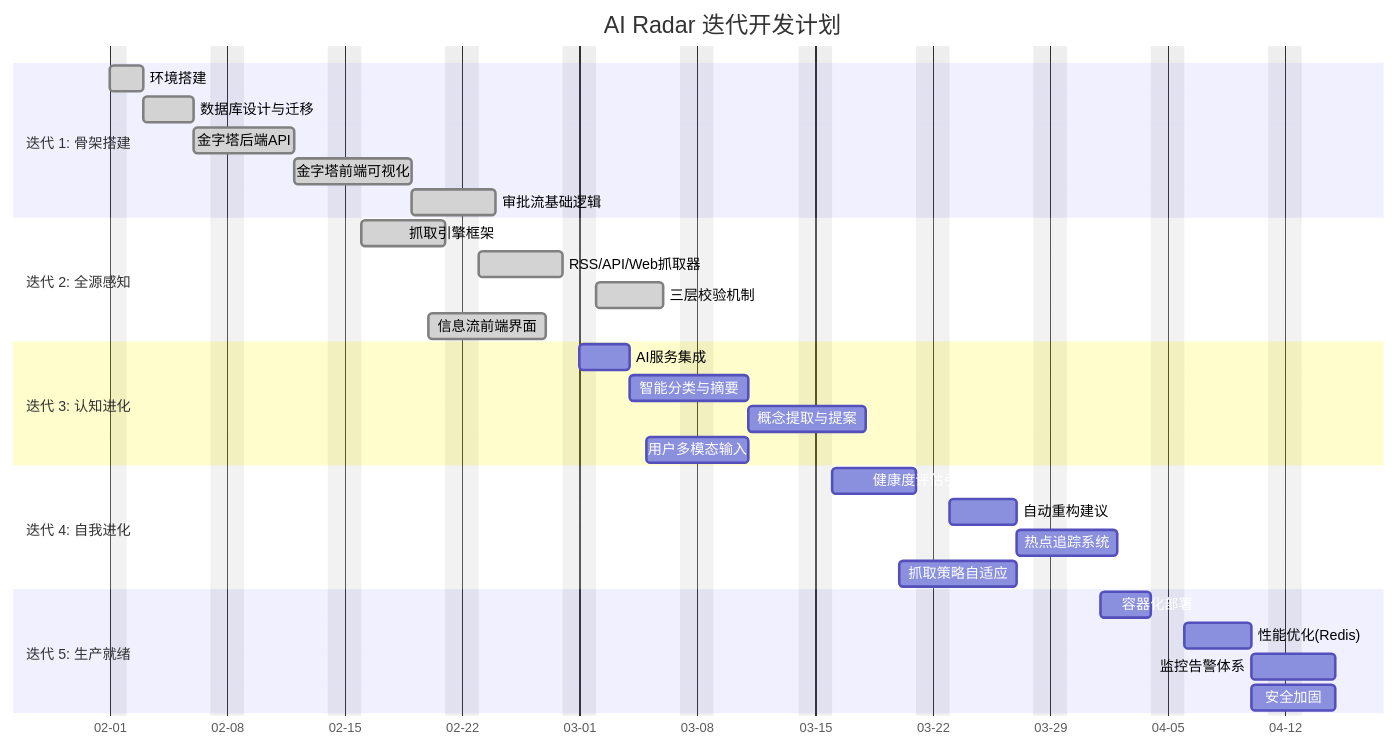
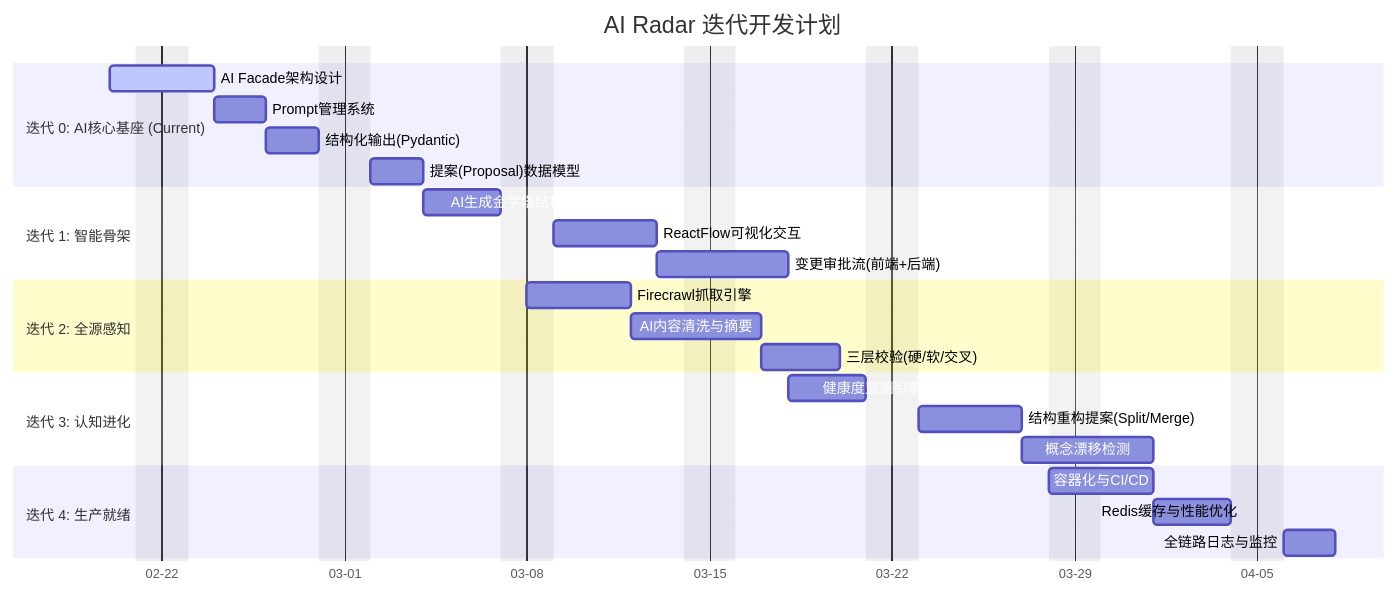
The third of 4 diagrams in docs/project-roadmap.md (demo112/knowledge_Live_radar), drawn with Mermaid before and after one commit. The commit also changed other lines of this file and 84 other files, not shown here.

````diff
--- a/docs/project-roadmap.md
+++ b/docs/project-roadmap.md
@@ -52,38 +56,33 @@
 ```mermaid
 gantt
     title AI Radar 迭代开发计划
     dateFormat  YYYY-MM-DD
     axisFormat  %m-%d
     excludes    weekends
 
-    section 迭代 1: 骨架搭建
-    环境搭建           :done,    des1, 2026-02-01, 2d
-    数据库设计与迁移    :done,    des2, 2026-02-03, 3d
-    金字塔后端API      :done,    des3, after des2, 4d
-    金字塔前端可视化    :done,    des4, after des3, 5d
-    审批流基础逻辑      :done,    des5, after des4, 3d
-
+    section 迭代 0: AI核心基座 (Current)
+    AI Facade架构设计       :active,    ai1, 2026-02-20, 2d
+    Prompt管理系统          :           ai2, after ai1, 2d
+    结构化输出(Pydantic)    :           ai3, after ai2, 2d
+    提案(Proposal)数据模型  :           ai4, after ai3, 2d
+    
+    section 迭代 1: 智能骨架
+    AI生成金字塔结构        :           sk1, after ai4, 3d
+    ReactFlow可视化交互     :           sk2, after sk1, 4d
+    变更审批流(前端+后端)   :           sk3, after sk2, 3d
+    
     section 迭代 2: 全源感知
-    抓取引擎框架       :done,    perc1, 2026-02-16, 5d
-    RSS/API/Web抓取器  :done,    perc2, after perc1, 5d
-    三层校验机制       :done,    perc3, after perc2, 4d
-    信息流前端界面      :done,    perc4, 2026-02-20, 5d
-
+    Firecrawl抓取引擎       :           pc1, 2026-03-08, 4d
+    AI内容清洗与摘要        :           pc2, after pc1, 3d
+    三层校验(硬/软/交叉)    :           pc3, after pc2, 3d
+    
     section 迭代 3: 认知进化
-    AI服务集成         :         cog1, 2026-03-01, 3d
-    智能分类与摘要      :         cog2, after cog1, 5d
-    概念提取与提案      :         cog3, after cog2, 5d
-    用户多模态输入      :         cog4, 2026-03-05, 4d
-
-    section 迭代 4: 自我进化
-    健康度评估引擎      :         evo1, 2026-03-16, 5d
-    自动重构建议       :         evo2, after evo1, 4d
-    热点追踪系统       :         evo3, after evo2, 4d
-    抓取策略自适应      :         evo4, 2026-03-20, 5d
-
-    section 迭代 5: 生产就绪
-    容器化部署         :         prod1, 2026-04-01, 3d
-    性能优化(Redis)    :         prod2, after prod1, 4d
-    监控告警体系       :         prod3, after prod2, 3d
-    安全加固           :         prod4, 2026-04-10, 3d
+    健康度监测引擎          :           ev1, 2026-03-18, 3d
+    结构重构提案(Split/Merge):          ev2, after ev1, 4d
+    概念漂移检测            :           ev3, after ev2, 3d
+    
+    section 迭代 4: 生产就绪
+    容器化与CI/CD           :           pr1, 2026-03-28, 3d
+    Redis缓存与性能优化      :           pr2, after pr1, 3d
+    全链路日志与监控        :           pr3, after pr2, 2d
 ```
````
